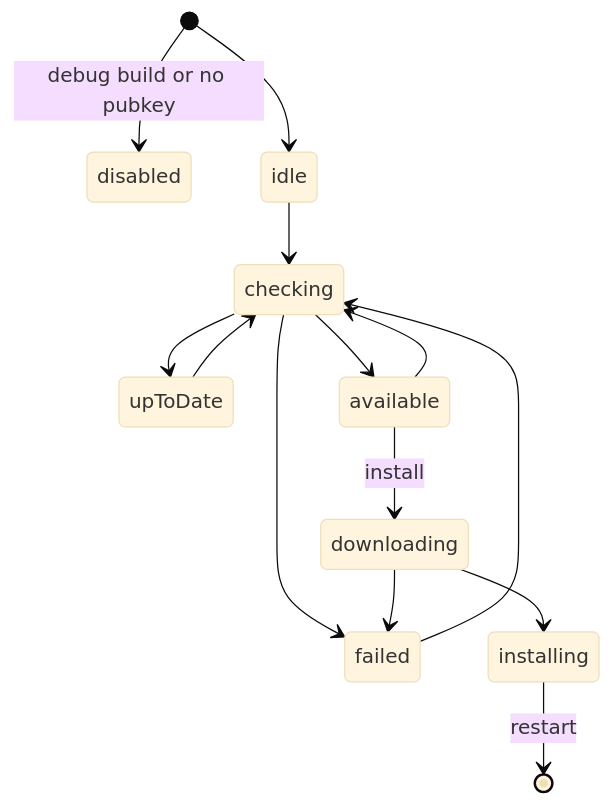
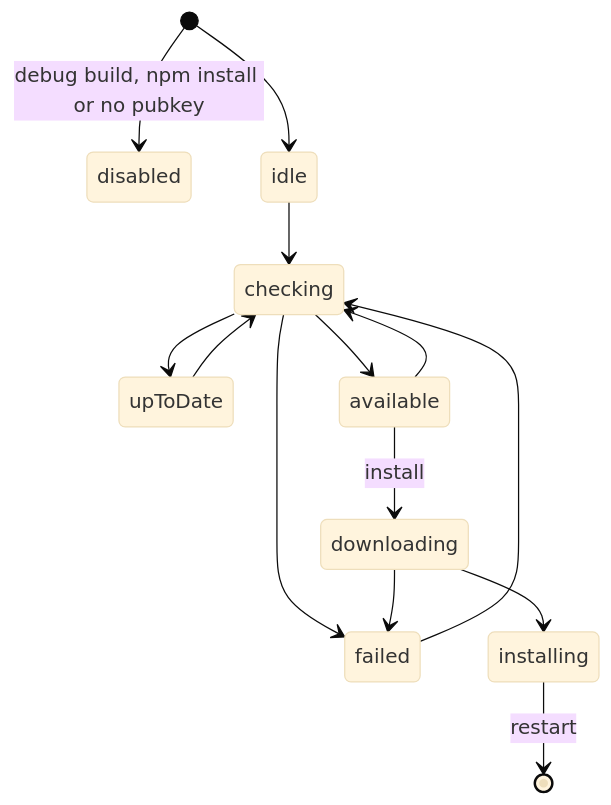
Before and after one commit to Satcomx00-x00/AiN: the second of 2 diagrams in docs/updates.md, drawn with Mermaid (base theme). The commit also changed other lines of this file and 1 other file, not shown here.

Commit message:
feat(updater): leave updates of an npm install to npm
A copy npm installed (the program, or its AppImage, under node_modules)
must not replace its own files: npm owns them. Its updater reports
itself off and points to npm update --global ain-app.

Claude-Session: https://claude.ai/code/session_01RMWHAqK5f1BNWKNZKGGq2E

````diff
--- a/docs/updates.md
+++ b/docs/updates.md
@@ -64,16 +65,16 @@
 ```mermaid
 stateDiagram-v2
-    [*] --> disabled: debug build or no pubkey
+    [*] --> disabled: debug build, npm install or no pubkey
     [*] --> idle
     idle --> checking
     upToDate --> checking
     failed --> checking
     available --> checking
     checking --> upToDate
     checking --> available
     checking --> failed
     available --> downloading: install
     downloading --> installing
     downloading --> failed
     installing --> [*]: restart
 ```
````
